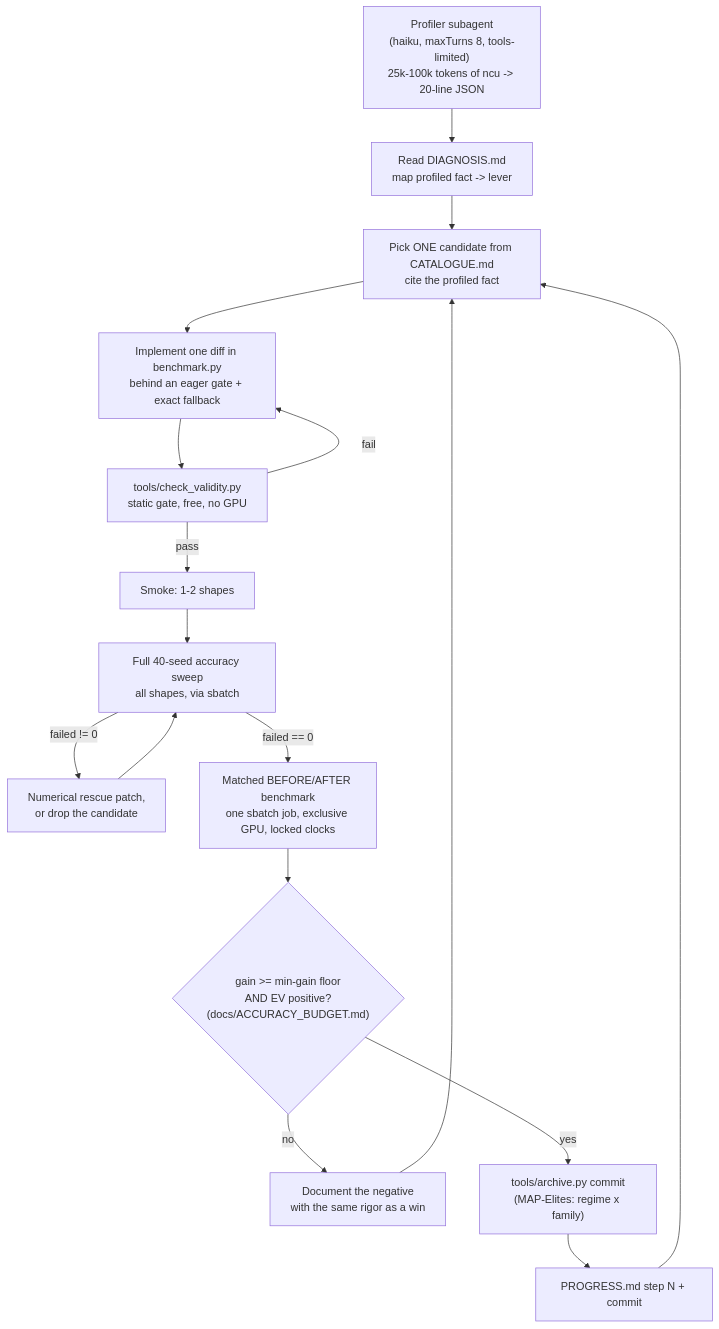
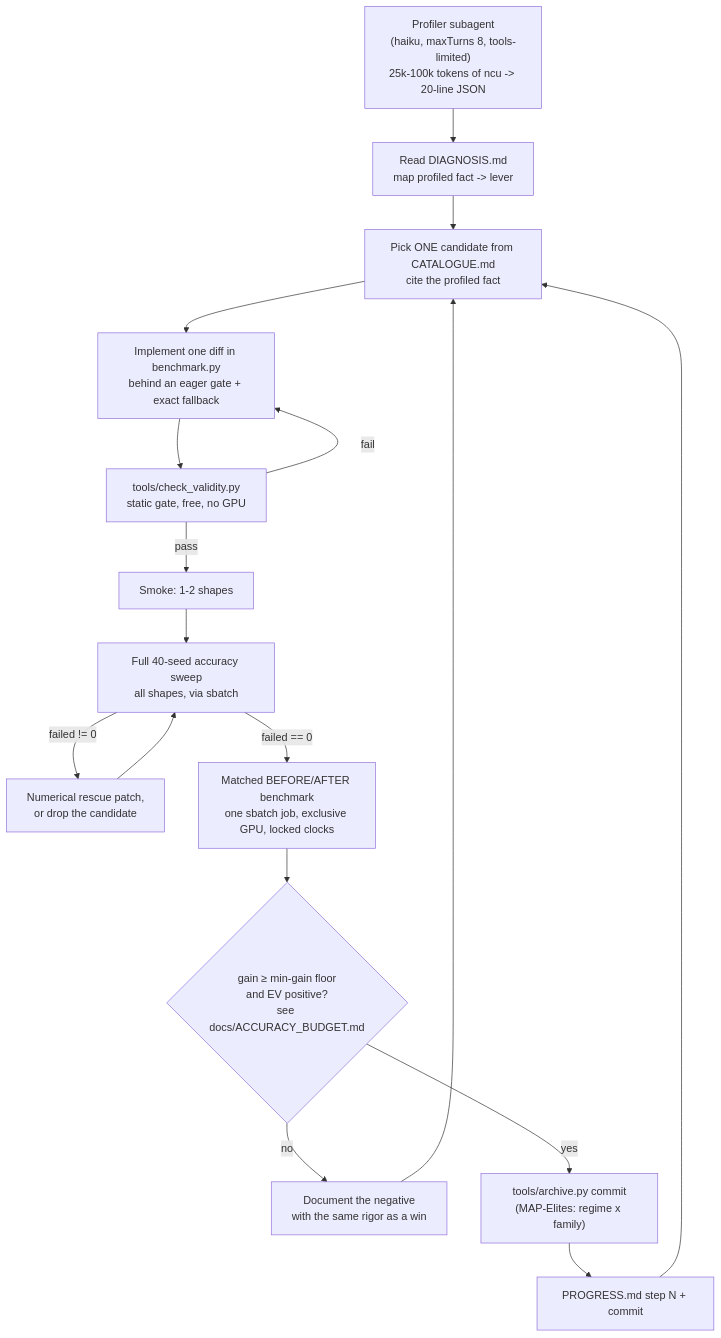
Before and after one commit to yeoshuyi/Flipfloppers-GPU-Kernel-Optimizer: the first of 3 diagrams in README.md, drawn with Mermaid. The commit also changed other lines of this file, not shown here.

Commit message:
readme: sanitize Mermaid node labels (GitHub renderer robustness)

````diff
--- a/README.md
+++ b/README.md
@@ -243,20 +243,20 @@
 ```mermaid
 flowchart TD
     P["Profiler subagent<br/>(haiku, maxTurns 8, tools-limited)<br/>25k-100k tokens of ncu -> 20-line JSON"]
     P --> D["Read DIAGNOSIS.md<br/>map profiled fact -> lever"]
     D --> C["Pick ONE candidate from CATALOGUE.md<br/>cite the profiled fact"]
     C --> I["Implement one diff in benchmark.py<br/>behind an eager gate + exact fallback"]
     I --> V["tools/check_validity.py<br/>static gate, free, no GPU"]
     V -->|fail| I
     V -->|pass| S["Smoke: 1-2 shapes"]
     S --> A["Full 40-seed accuracy sweep<br/>all shapes, via sbatch"]
     A -->|failed != 0| RESC["Numerical rescue patch,<br/>or drop the candidate"]
     RESC --> A
     A -->|failed == 0| B["Matched BEFORE/AFTER benchmark<br/>one sbatch job, exclusive GPU, locked clocks"]
-    B --> G{"gain >= min-gain floor<br/>AND EV positive?<br/>(docs/ACCURACY_BUDGET.md)"}
+    B --> G{"gain &ge; min-gain floor<br/>and EV positive?<br/>see docs/ACCURACY_BUDGET.md"}
     G -->|no| DOC1["Document the negative<br/>with the same rigor as a win"]
     G -->|yes| ARCH["tools/archive.py commit<br/>(MAP-Elites: regime x family)"]
     ARCH --> DOC2["PROGRESS.md step N + commit"]
     DOC1 --> C
     DOC2 --> C
 ```
````
